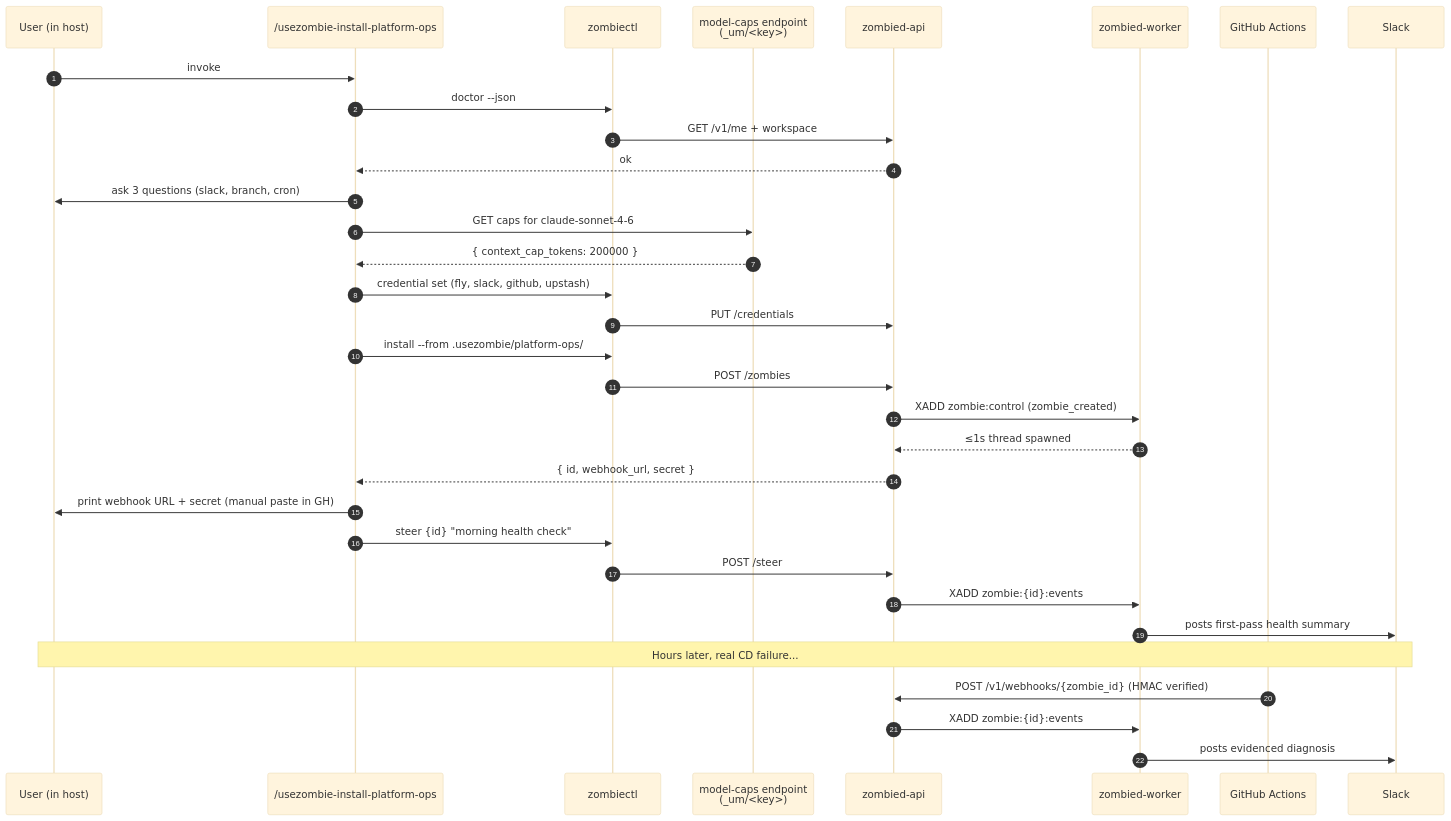
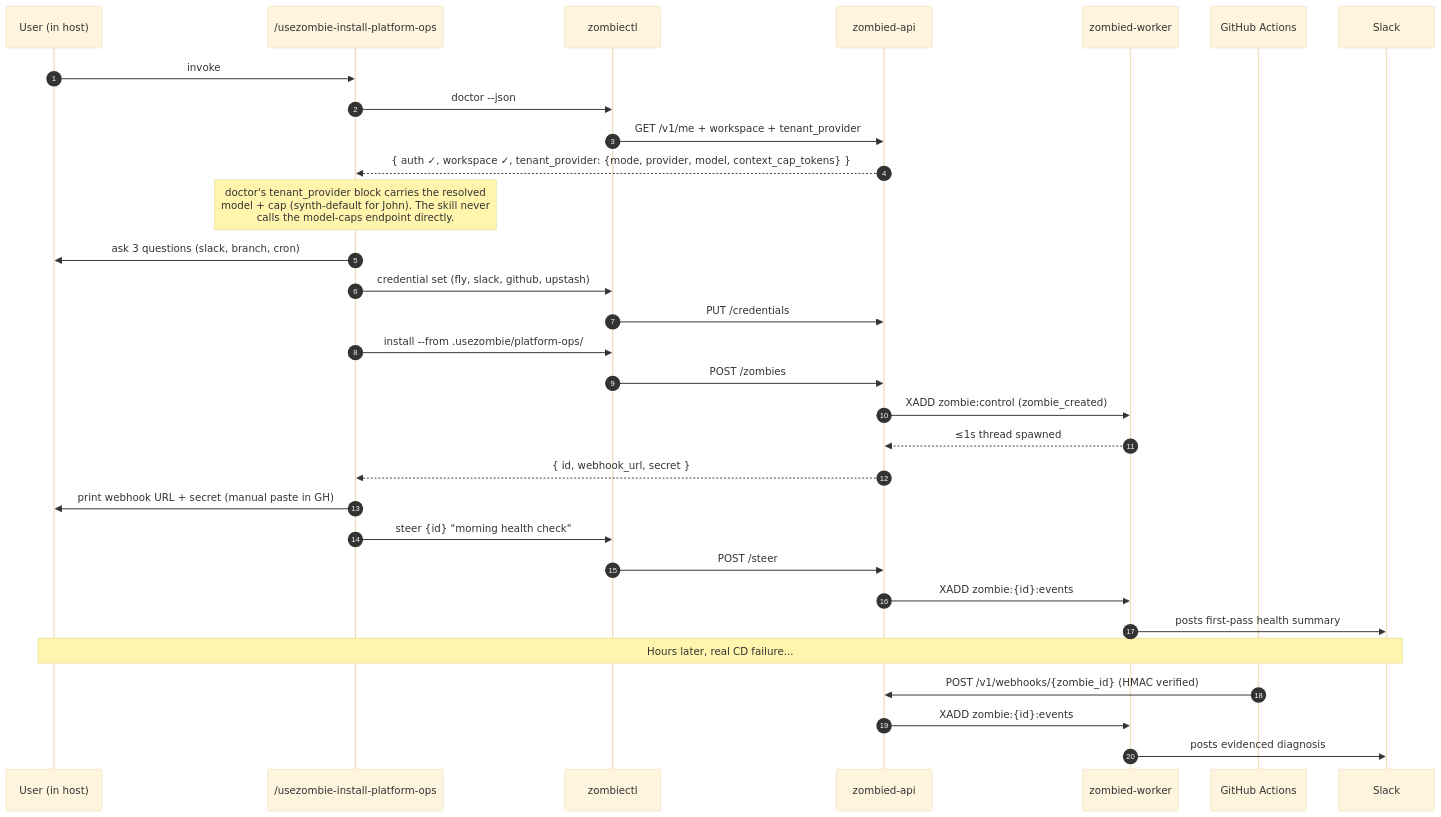
The diagram in docs/architecture/scenarios/01_default_install.md (usezombie/usezombie), drawn with Mermaid (base theme) before and after one commit. The commit also changed other lines of this file and 6 other files, not shown here.

````diff
--- a/docs/architecture/scenarios/01_default_install.md
+++ b/docs/architecture/scenarios/01_default_install.md
@@ -11,36 +11,34 @@
 ```mermaid
 sequenceDiagram
     autonumber
     participant Op as User (in host)
     participant Skill as /usezombie-install-platform-ops
     participant CLI as zombiectl
-    participant CapAPI as model-caps endpoint<br/>(_um/<key>)
     participant API as zombied-api
     participant Worker as zombied-worker
     participant GH as GitHub Actions
     participant Slack
 
     Op->>Skill: invoke
     Skill->>CLI: doctor --json
-    CLI->>API: GET /v1/me + workspace
-    API-->>Skill: ok
+    CLI->>API: GET /v1/me + workspace + tenant_provider
+    API-->>Skill: { auth ✓, workspace ✓, tenant_provider: {mode, provider, model, context_cap_tokens} }
+    Note over Skill: doctor's tenant_provider block carries the resolved<br/>model + cap (synth-default for John). The skill never<br/>calls the model-caps endpoint directly.
     Skill->>Op: ask 3 questions (slack, branch, cron)
-    Skill->>CapAPI: GET caps for claude-sonnet-4-6
-    CapAPI-->>Skill: { context_cap_tokens: 200000 }
     Skill->>CLI: credential set (fly, slack, github, upstash)
     CLI->>API: PUT /credentials
     Skill->>CLI: install --from .usezombie/platform-ops/
     CLI->>API: POST /zombies
     API->>Worker: XADD zombie:control (zombie_created)
     Worker-->>API: ≤1s thread spawned
     API-->>Skill: { id, webhook_url, secret }
     Skill->>Op: print webhook URL + secret (manual paste in GH)
     Skill->>CLI: steer {id} "morning health check"
     CLI->>API: POST /steer
     API->>Worker: XADD zombie:{id}:events
     Worker->>Slack: posts first-pass health summary
     Note over Op,Slack: Hours later, real CD failure...
     GH->>API: POST /v1/webhooks/{zombie_id} (HMAC verified)
     API->>Worker: XADD zombie:{id}:events
     Worker->>Slack: posts evidenced diagnosis
 ```
````
